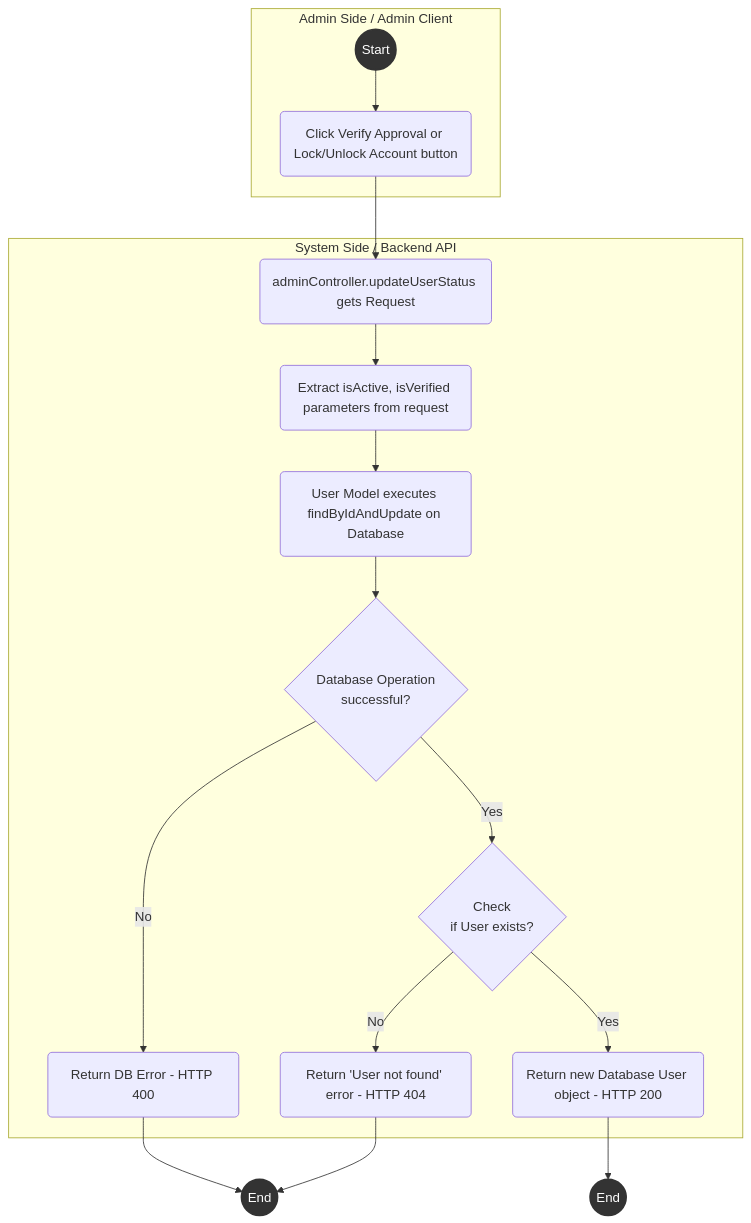
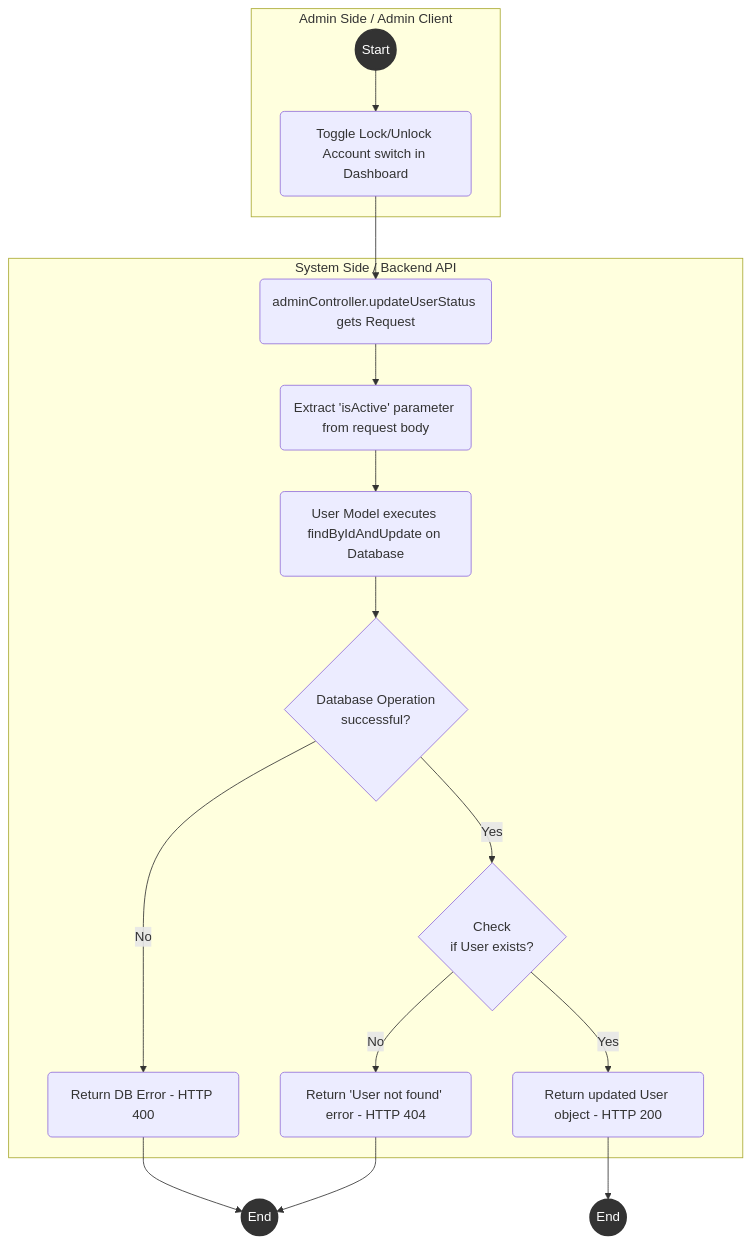
Before and after one commit to dat-21/SWD392: the seventh of 11 diagrams in UC_Backend_Activity_Diagrams.md, drawn with Mermaid. The commit also changed other lines of this file and 1 other file, not shown here.

Commit message:
feat: Add UC37 and UC38 documentation, and refactor UC33/UC34 activity diagrams with minor text adjustments.

````diff
--- a/UC_Backend_Activity_Diagrams.md
+++ b/UC_Backend_Activity_Diagrams.md
@@ -256,34 +254,34 @@
 ```mermaid
 flowchart TD
     style Start fill:#333,stroke:#333,stroke-width:2px,color:#fff
     style End1 fill:#333,stroke:#333,stroke-width:2px,color:#fff
     style End2 fill:#333,stroke:#333,stroke-width:2px,color:#fff
 
     subgraph Admin [Admin Side / Admin Client]
-        Start((Start)) --> U1(Click Verify Approval or Lock/Unlock Account button)
+        Start((Start)) --> U1(Toggle Lock/Unlock Account switch in Dashboard)
     end
 
     subgraph System [System Side / Backend API]
         S1(adminController.updateUserStatus gets Request)
-        S2(Extract isActive, isVerified parameters from request)
+        S2(Extract 'isActive' parameter from request body)
         S3(User Model executes findByIdAndUpdate on Database)
         S4{Database Operation<br/>successful?}
         S5(Return DB Error - HTTP 400)
         S6{Check<br/>if User exists?}
         S7(Return 'User not found' error - HTTP 404)
-        S8(Return new Database User object - HTTP 200)
+        S8(Return updated User object - HTTP 200)
     end
 
     U1 --> S1
     S1 --> S2
     S2 --> S3
     S3 --> S4
     S4 -- No --> S5
     S4 -- Yes --> S6
     S6 -- No --> S7
     S6 -- Yes --> S8
 
     S5 --> End1((End))
     S7 --> End1
     S8 --> End2((End))
 ```
````
